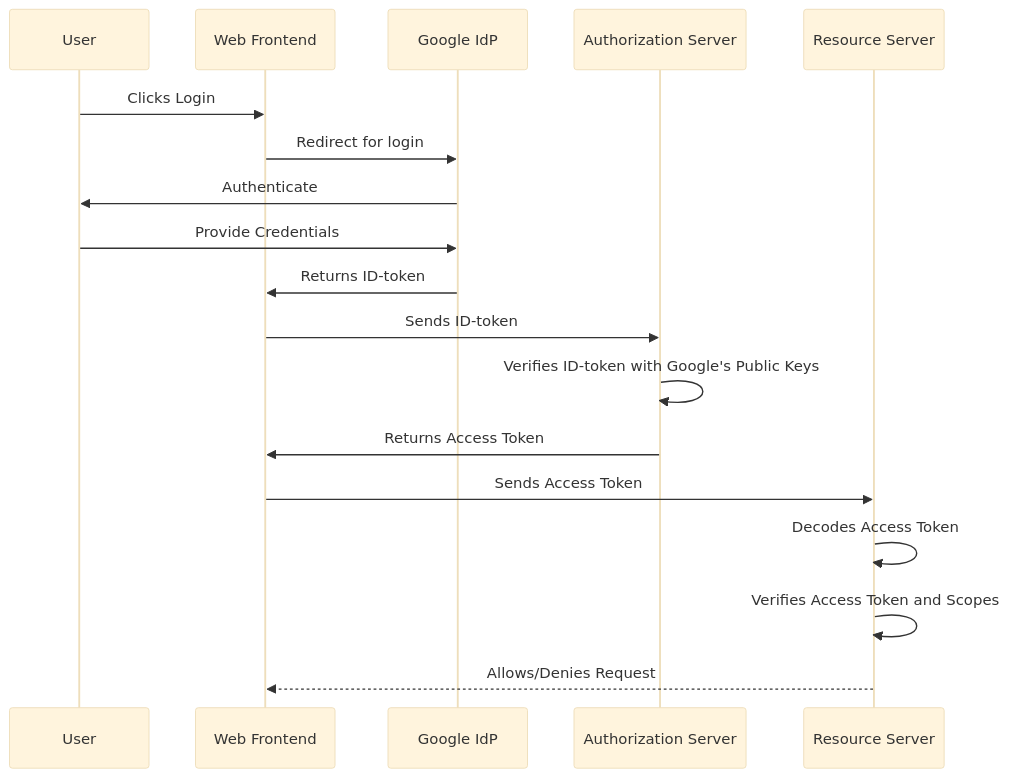
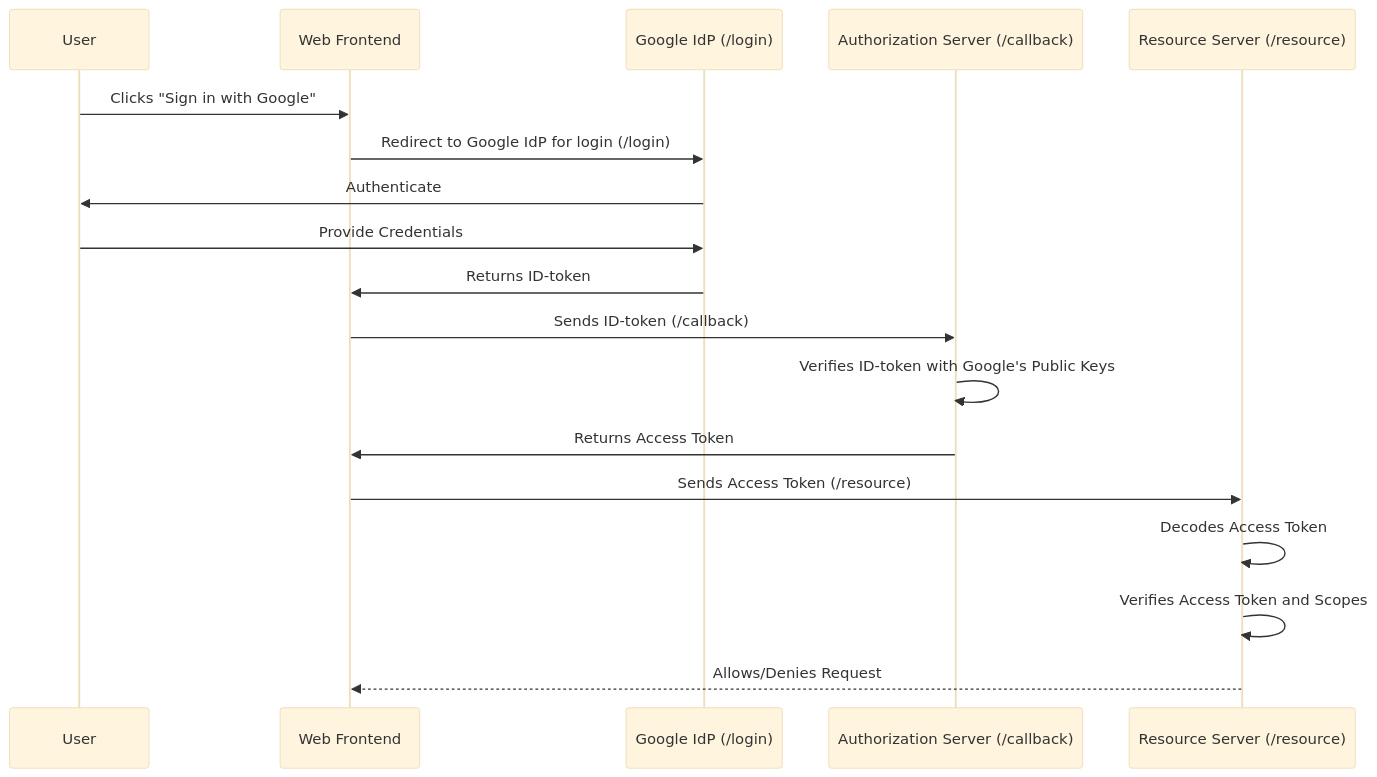
One commit to avega-senso/oauth-ai changed the second of 2 diagrams in docs/ARCHITECTURE.md. Above: the diagram before and after it, drawn with Mermaid (base theme). The commit also changed other lines of this file and 3 other files, not shown here.

````diff
--- a/docs/ARCHITECTURE.md
+++ b/docs/ARCHITECTURE.md
@@ -39,21 +41,21 @@
 ```mermaid
 sequenceDiagram
     participant User
     participant WebFrontend as Web Frontend
-    participant GoogleIdP as Google IdP
-    participant AuthServer as Authorization Server
-    participant ResourceServer as Resource Server
+    participant GoogleIdP as Google IdP (/login)
+    participant AuthServer as Authorization Server (/callback)
+    participant ResourceServer as Resource Server (/resource)
 
-    User->>WebFrontend: Clicks Login
-    WebFrontend->>GoogleIdP: Redirect for login
+    User->>WebFrontend: Clicks "Sign in with Google"
+    WebFrontend->>GoogleIdP: Redirect to Google IdP for login (/login)
     GoogleIdP->>User: Authenticate
     User->>GoogleIdP: Provide Credentials
     GoogleIdP->>WebFrontend: Returns ID-token
-    WebFrontend->>AuthServer: Sends ID-token
+    WebFrontend->>AuthServer: Sends ID-token (/callback)
     AuthServer->>AuthServer: Verifies ID-token with Google's Public Keys
     AuthServer->>WebFrontend: Returns Access Token
-    WebFrontend->>ResourceServer: Sends Access Token
+    WebFrontend->>ResourceServer: Sends Access Token (/resource)
     ResourceServer->>ResourceServer: Decodes Access Token
     ResourceServer->>ResourceServer: Verifies Access Token and Scopes
     ResourceServer-->>WebFrontend: Allows/Denies Request
 ```
````
